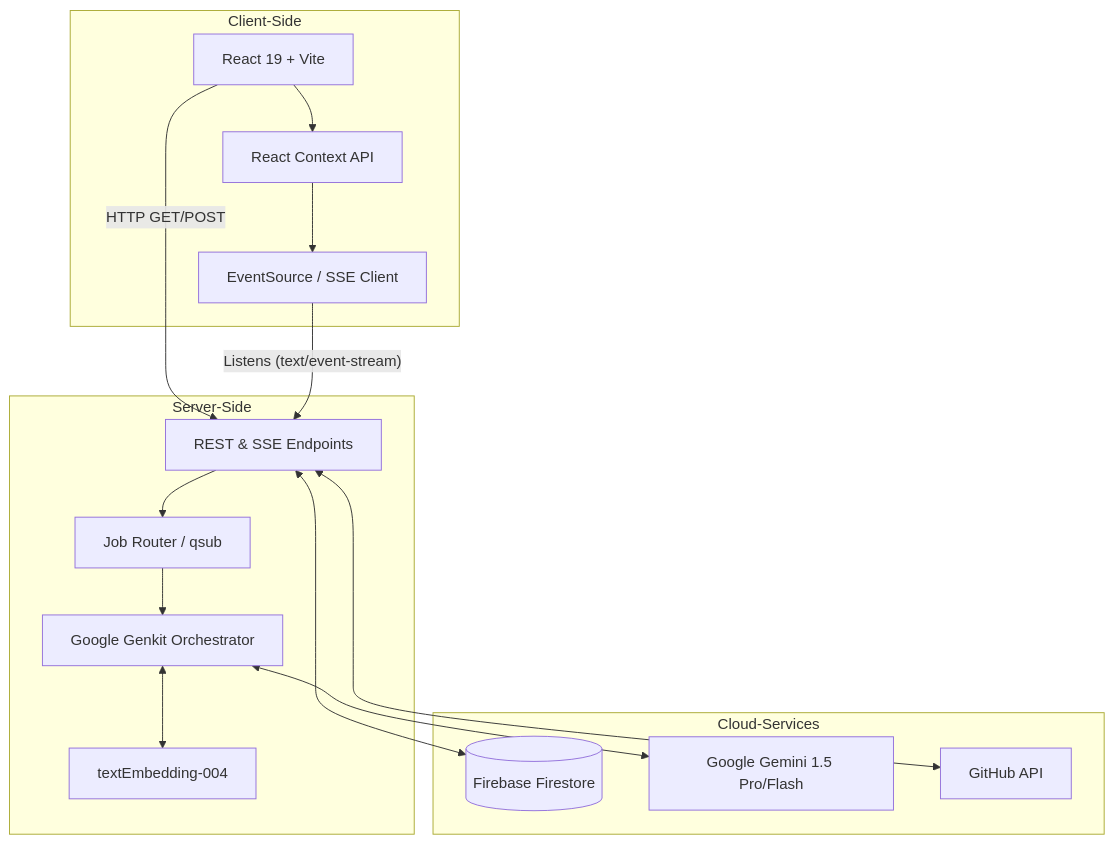
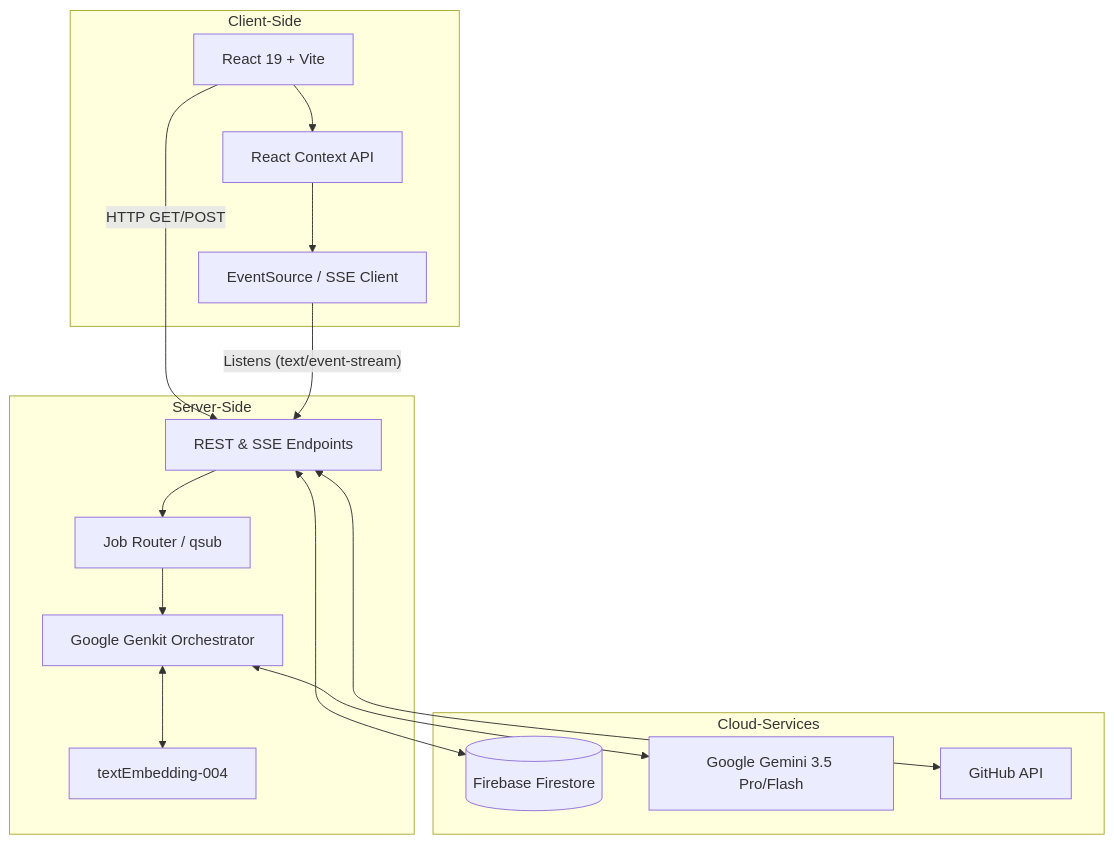
The first of 4 diagrams in WHITE_PAPER.md (shengliangsong-ai/vme-workspace), drawn with Mermaid before and after one commit. The commit also changed other lines of this file and 3 other files, not shown here.

````diff
--- a/WHITE_PAPER.md
+++ b/WHITE_PAPER.md
@@ -20,41 +20,41 @@
 ```mermaid
 graph TB
     subgraph Client-Side
         UI[React 19 + Vite]
         State[React Context API]
         SSE_Client[EventSource / SSE Client]
         UI --> State
         State --> SSE_Client
     end
 
     subgraph Server-Side
         API[REST & SSE Endpoints]
         Router[Job Router / qsub]
         Genkit_Core[Google Genkit Orchestrator]
         Embedder[textEmbedding-004]
     end
 
     subgraph Cloud-Services
         Firestore[(Firebase Firestore)]
-        Gemini[Google Gemini 1.5 Pro/Flash]
+        Gemini[Google Gemini 3.5 Pro/Flash]
         GitHub[GitHub API]
     end
 
     %% Connections
     UI -- "HTTP GET/POST" --> API
     SSE_Client -- "Listens (text/event-stream)" --> API
     API --> Router
     Router --> Genkit_Core
     Genkit_Core <--> Gemini
     Genkit_Core <--> Embedder
     API <--> Firestore
     API <--> GitHub
     
     %% Styling
     classDef client fill:#e1f5fe,stroke:#01579b,stroke-width:2px;
     classDef server fill:#e8f5e9,stroke:#2e7d32,stroke-width:2px;
     classDef cloud fill:#fff3e0,stroke:#e65100,stroke-width:2px;
     class Client client;
     class Server server;
     class External_Services cloud;
 ```
````
